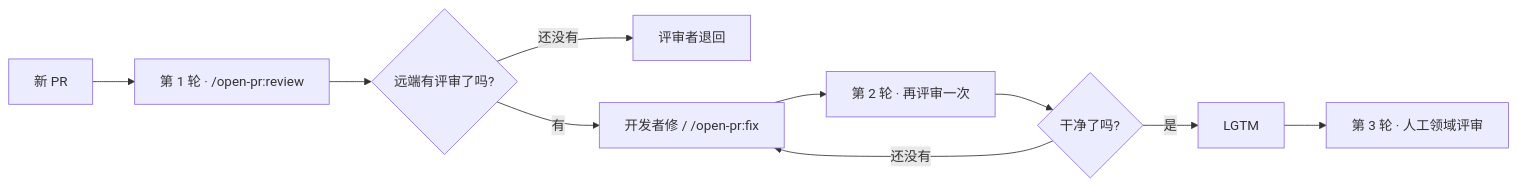
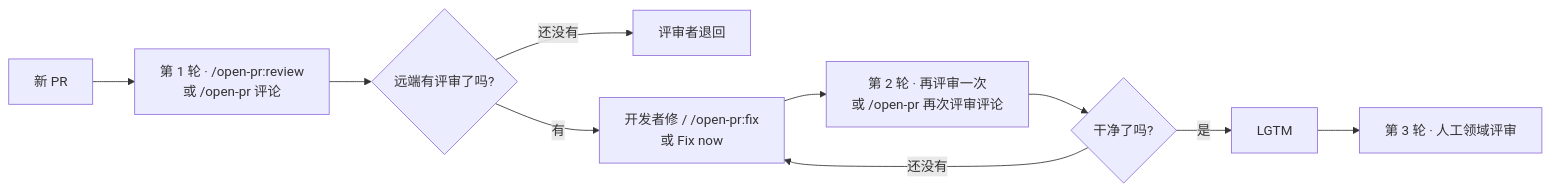
The diagram in README.zh-Hans.md (TOMOSIA-VIETNAM/open-pr), drawn with Mermaid before and after one commit. The commit also changed other lines of this file and 53 other files, not shown here.

First line of the commit message:
feat(watch): /open-pr:watch review and fix roles, and /open-pr:menubar (#143)

````diff
--- a/README.zh-Hans.md
+++ b/README.zh-Hans.md
@@ -122,12 +123,12 @@
 ```mermaid
 flowchart LR
-  A[新 PR] --> B["第 1 轮 · /open-pr:review"]
+  A[新 PR] --> B["第 1 轮 · /open-pr:review<br/>或 /open-pr 评论"]
   B --> C{远端有评审了吗?}
   C -- 还没有 --> D[评审者退回]
-  C -- 有 --> E[开发者修 / /open-pr:fix]
-  E --> F["第 2 轮 · 再评审一次"]
+  C -- 有 --> E["开发者修 / /open-pr:fix<br/>或 Fix now"]
+  E --> F["第 2 轮 · 再评审一次<br/>或 /open-pr 再次评审评论"]
   F --> G{干净了吗?}
   G -- 是 --> H[LGTM]
   G -- 还没有 --> E
   H --> I[第 3 轮 · 人工领域评审]
 ```
````
